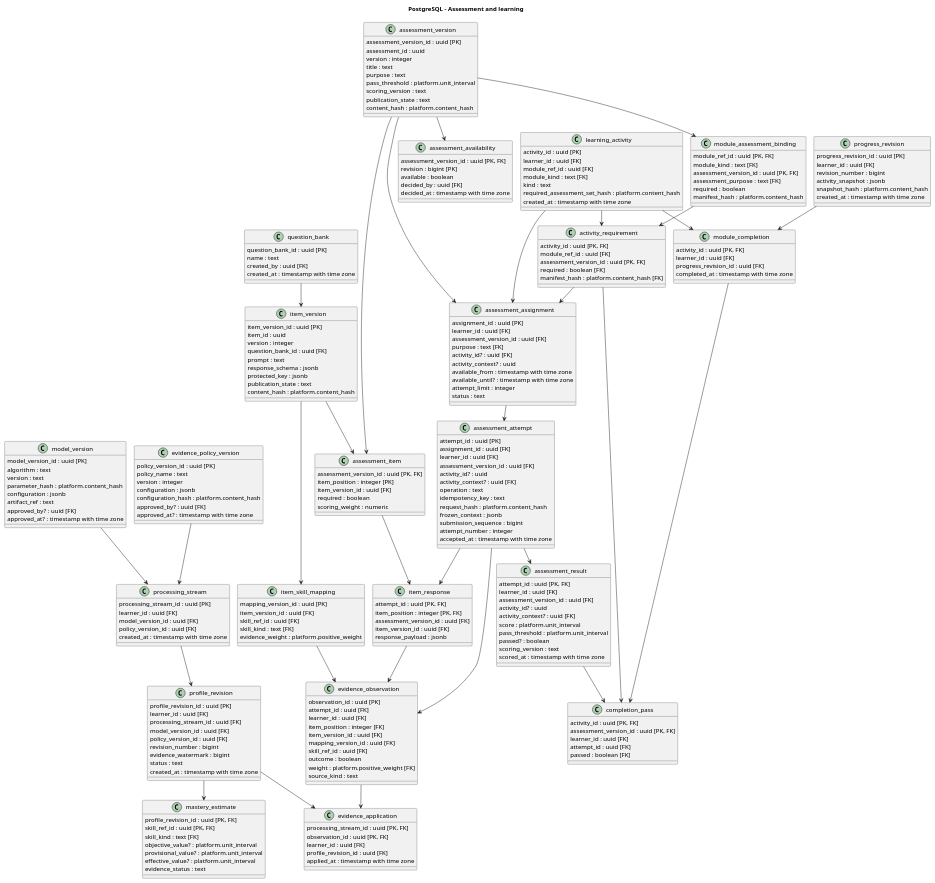
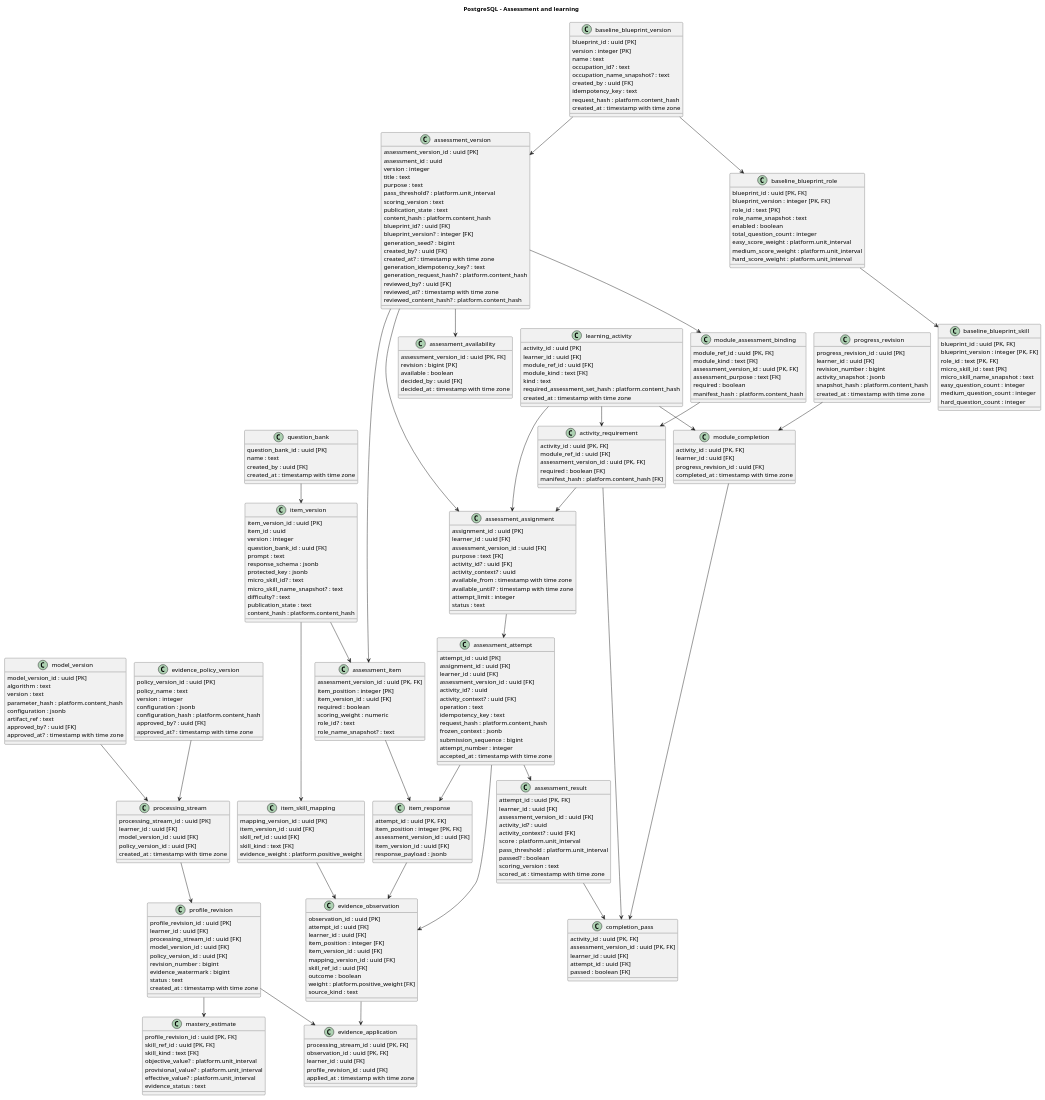
Before and after one commit to SEP490-Fall-2026-GFA26SE64/SEP490: the diagram in documents/diagrams/postgresql-assessment.puml, drawn with PlantUML. The commit also changed 5 other files, not shown here.

Commit message:
docs: update baseline assessment architecture

```diff
--- a/documents/diagrams/postgresql-assessment.puml
+++ b/documents/diagrams/postgresql-assessment.puml
@@ -36,6 +36,9 @@
     prompt : text
     response_schema : jsonb
     protected_key : jsonb
+    micro_skill_id? : text
+    micro_skill_name_snapshot? : text
+    difficulty? : text
     publication_state : text
     content_hash : platform.content_hash
 }
@@ -45,10 +48,20 @@
     version : integer
     title : text
     purpose : text
-    pass_threshold : platform.unit_interval
+    pass_threshold? : platform.unit_interval
     scoring_version : text
     publication_state : text
     content_hash : platform.content_hash
+    blueprint_id? : uuid [FK]
+    blueprint_version? : integer [FK]
+    generation_seed? : bigint
+    created_by? : uuid [FK]
+    created_at? : timestamp with time zone
+    generation_idempotency_key? : text
+    generation_request_hash? : platform.content_hash
+    reviewed_by? : uuid [FK]
+    reviewed_at? : timestamp with time zone
+    reviewed_content_hash? : platform.content_hash
 }
 class assessment_availability {
     assessment_version_id : uuid [PK, FK]
@@ -63,6 +76,8 @@
     item_version_id : uuid [FK]
     required : boolean
     scoring_weight : numeric
+    role_id? : text
+    role_name_snapshot? : text
 }
 class item_skill_mapping {
     mapping_version_id : uuid [PK]
@@ -70,6 +85,38 @@
     skill_ref_id : uuid [FK]
     skill_kind : text [FK]
     evidence_weight : platform.positive_weight
+}
+class baseline_blueprint_version {
+    blueprint_id : uuid [PK]
+    version : integer [PK]
+    name : text
+    occupation_id? : text
+    occupation_name_snapshot? : text
+    created_by : uuid [FK]
+    idempotency_key : text
+    request_hash : platform.content_hash
+    created_at : timestamp with time zone
+}
+class baseline_blueprint_role {
+    blueprint_id : uuid [PK, FK]
+    blueprint_version : integer [PK, FK]
+    role_id : text [PK]
+    role_name_snapshot : text
+    enabled : boolean
+    total_question_count : integer
+    easy_score_weight : platform.unit_interval
+    medium_score_weight : platform.unit_interval
+    hard_score_weight : platform.unit_interval
+}
+class baseline_blueprint_skill {
+    blueprint_id : uuid [PK, FK]
+    blueprint_version : integer [PK, FK]
+    role_id : text [PK, FK]
+    micro_skill_id : text [PK]
+    micro_skill_name_snapshot : text
+    easy_question_count : integer
+    medium_question_count : integer
+    hard_question_count : integer
 }
 class module_assessment_binding {
     module_ref_id : uuid [PK, FK]
@@ -210,6 +257,9 @@
 }
 activity_requirement --> assessment_assignment
 activity_requirement --> completion_pass
+baseline_blueprint_version --> baseline_blueprint_role
+baseline_blueprint_version --> assessment_version
+baseline_blueprint_role --> baseline_blueprint_skill
 assessment_assignment --> assessment_attempt
 assessment_attempt --> assessment_result
 assessment_attempt --> evidence_observation
```
